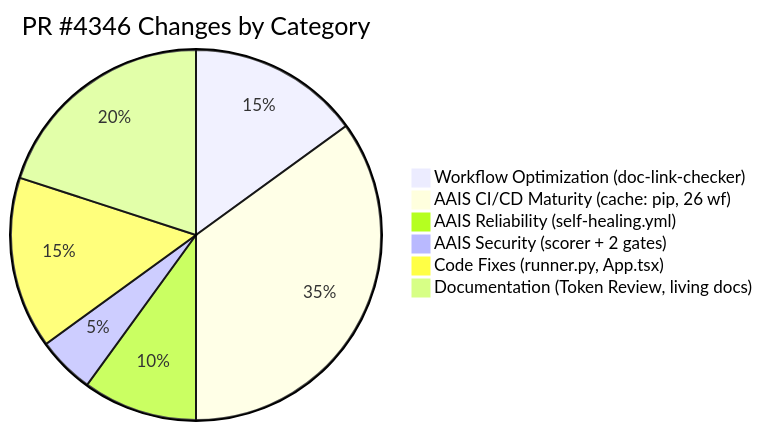
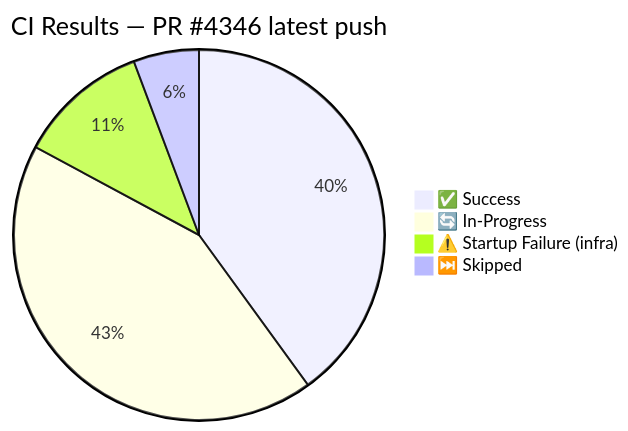
The first of 3 diagrams in docs/roadmap/PR4346_whats_next.md (Aries-Serpent/_codex_), drawn with Mermaid before and after one commit. The commit also changed other lines of this file and 3 other files, not shown here.

First line of the commit message:
docs(s859): final living docs v2 — CI snapshot, CHANGELOG+accountability final, session diagram 7 Mermaid

````diff
--- a/docs/roadmap/PR4346_whats_next.md
+++ b/docs/roadmap/PR4346_whats_next.md
@@ -26,9 +28,7 @@
 ```mermaid
-pie title PR #4346 Changes by Category
-    "Workflow Optimization (doc-link-checker)" : 15
-    "AAIS CI/CD Maturity (cache: pip, 26 wf)" : 35
-    "AAIS Reliability (self-healing.yml)" : 10
-    "AAIS Security (scorer + 2 gates)" : 5
-    "Code Fixes (runner.py, App.tsx)" : 15
-    "Documentation (Token Review, living docs)" : 20
+pie title CI Results — PR #4346 latest push
+    "✅ Success" : 14
+    "🔄 In-Progress" : 15
+    "⚠️ Startup Failure (infra)" : 4
+    "⏭️ Skipped" : 2
 ```
````
